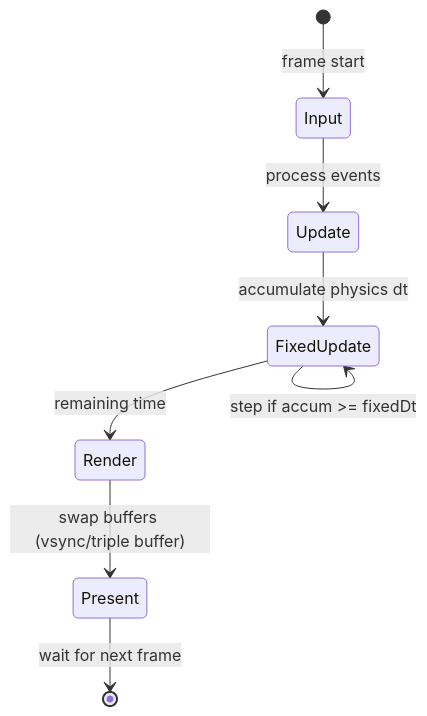
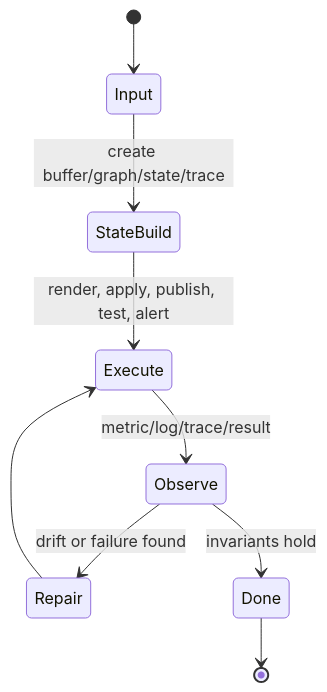
The second of 3 diagrams in content/docs/books/cs-reference/miscellaneous-cs.md (choisimo/document), drawn with Mermaid before and after one commit. The commit also changed other lines of this file and 432 other files, not shown here.

````diff
--- a/content/docs/books/cs-reference/miscellaneous-cs.md
+++ b/content/docs/books/cs-reference/miscellaneous-cs.md
@@ -125,10 +72,11 @@
 ```mermaid
 stateDiagram-v2
-    [*] --> Input: frame start
-    Input --> Update: process events
-    Update --> FixedUpdate: accumulate physics dt
-    FixedUpdate --> FixedUpdate: step if accum >= fixedDt
-    FixedUpdate --> Render: remaining time
-    Render --> Present: swap buffers (vsync/triple buffer)
-    Present --> [*]: wait for next frame
+    [*] --> Input
+    Input --> StateBuild: create buffer/graph/state/trace
+    StateBuild --> Execute: render, apply, publish, test, alert
+    Execute --> Observe: metric/log/trace/result
+    Observe --> Repair: drift or failure found
+    Repair --> Execute
+    Observe --> Done: invariants hold
+    Done --> [*]
 ```
````
